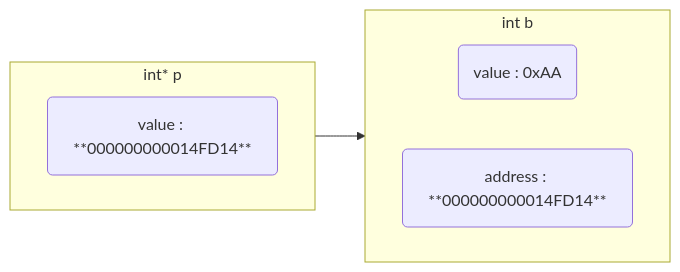
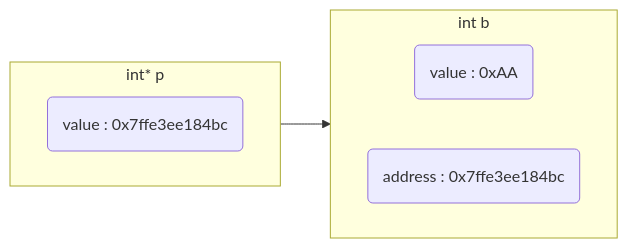
The third of 5 diagrams in _posts/language/c_c++/pointer/2022-01-08-指针.md (dmjcb/dmjcb.github.io), drawn with Mermaid before and after one commit. The commit also changed other lines of this file and 7 other files, not shown here.

````diff
--- a/_posts/language/c_c++/pointer/2022-01-08-指针.md
+++ b/_posts/language/c_c++/pointer/2022-01-08-指针.md
@@ -90,13 +120,13 @@
 ```mermaid
 graph LR;
     subgraph S3[int b]
         direction LR
         V3(value : 0xAA)
-        A3(address : **000000000014FD14**)
+        A3(address : 0x7ffe3ee184bc)
     end
     subgraph S2[int* p]
         direction LR
-        V1(value : **000000000014FD14**)
+        V1(value : 0x7ffe3ee184bc)
     end
-    V1-->A3
+    V1-->S3
 ```
````
